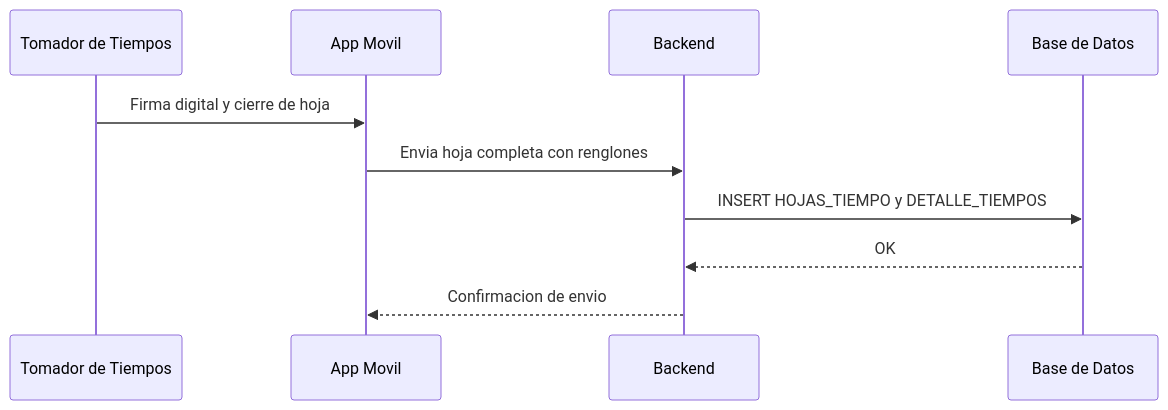
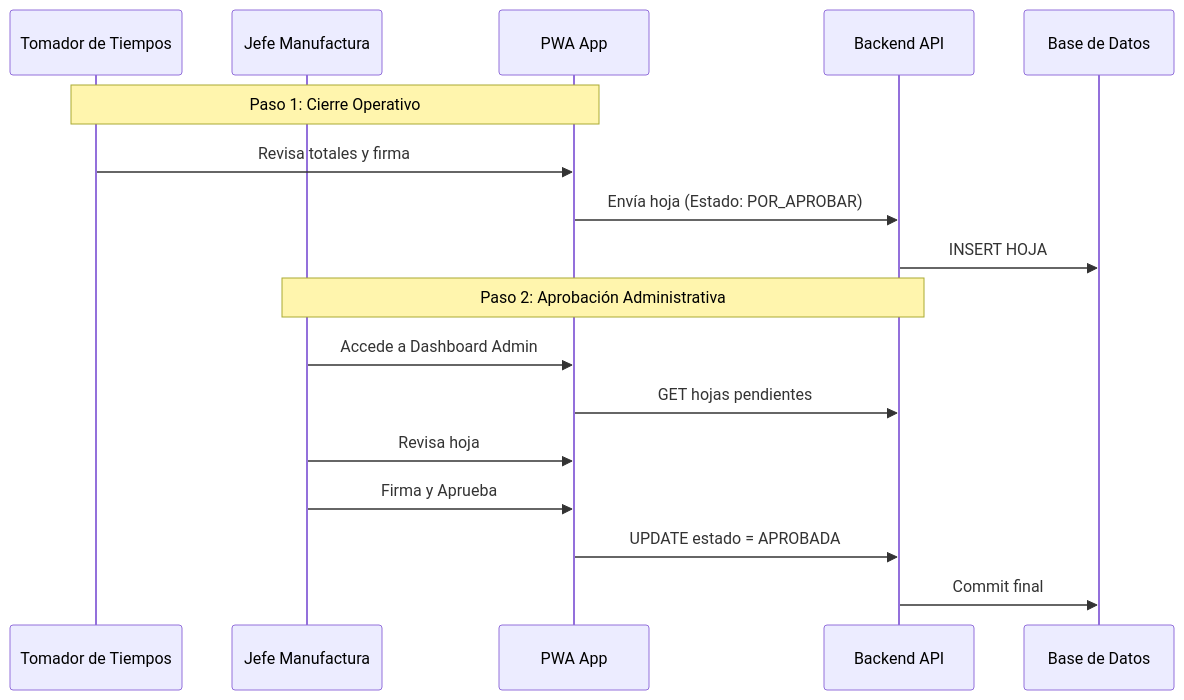
One commit to josemontero-agv/Pharmadix_Form_Horas_Extras changed the third of 4 diagrams in Documentacion_Realizada/Flujo_Procesos_Pharmadix.md. Above: the diagram before and after it, drawn with Mermaid. The commit also changed other lines of this file and 114 other files, not shown here.

````diff
--- a/Documentacion_Realizada/Flujo_Procesos_Pharmadix.md
+++ b/Documentacion_Realizada/Flujo_Procesos_Pharmadix.md
@@ -62,12 +80,21 @@
 ```mermaid
 sequenceDiagram
-    participant Operario as Tomador de Tiempos
-    participant App as App Movil
-    participant API as Backend
+    participant TT as Tomador de Tiempos
+    participant Jefe as Jefe Manufactura
+    participant PWA as PWA App
+    participant API as Backend API
     participant DB as Base de Datos
-    Operario->>App: Firma digital y cierre de hoja
-    App->>API: Envia hoja completa con renglones
-    API->>DB: INSERT HOJAS_TIEMPO y DETALLE_TIEMPOS
-    DB-->>API: OK
-    API-->>App: Confirmacion de envio
+    
+    Note over TT, PWA: Paso 1: Cierre Operativo
+    TT->>PWA: Revisa totales y firma
+    PWA->>API: Envía hoja (Estado: POR_APROBAR)
+    API->>DB: INSERT HOJA
+    
+    Note over Jefe, API: Paso 2: Aprobación Administrativa
+    Jefe->>PWA: Accede a Dashboard Admin
+    PWA->>API: GET hojas pendientes
+    Jefe->>PWA: Revisa hoja #12345
+    Jefe->>PWA: Firma y Aprueba
+    PWA->>API: UPDATE estado = APROBADA
+    API->>DB: Commit final
 ```
````
